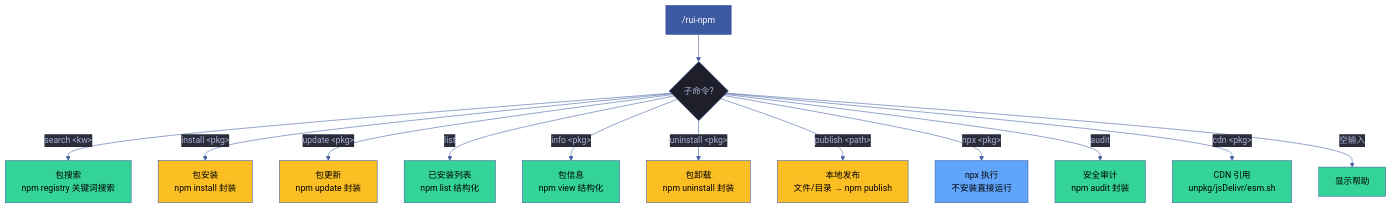
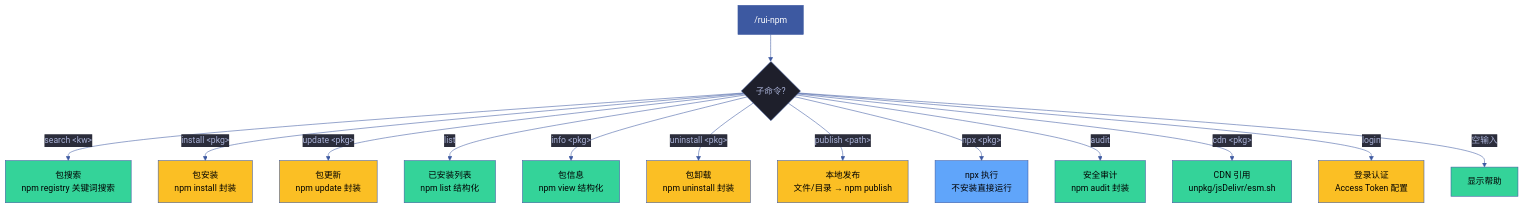
Before and after one commit to effiy/YrY: the first of 3 diagrams in skills/rui-npm/SKILL.md, drawn with Mermaid. The commit also changed other lines of this file and 2 other files, not shown here.

First line of the commit message:
feat(rui-npm): add Access Token authentication via login subcommand

````diff
--- a/skills/rui-npm/SKILL.md
+++ b/skills/rui-npm/SKILL.md
@@ -20,29 +20,30 @@
 ```mermaid
 %%{init: {'theme': 'base', 'themeVariables': {
   'primaryColor': '#1e1f2b',
   'primaryTextColor': '#a9b1d6',
   'primaryBorderColor': '#3d59a1',
   'lineColor': '#3d59a1',
   'secondaryColor': '#2b2d3b',
   'tertiaryColor': '#21232f'
 }}}%%
 flowchart TD
     ENTRY["/rui-npm"]:::entry --> Q1{"子命令?"}
 
     Q1 -->|"search &lt;kw&gt;"| SEARCH["包搜索<br/>npm registry 关键词搜索"]:::read
     Q1 -->|"install &lt;pkg&gt;"| INSTALL["包安装<br/>npm install 封装"]:::write
     Q1 -->|"update &lt;pkg&gt;"| UPDATE["包更新<br/>npm update 封装"]:::write
     Q1 -->|"list"| LIST["已安装列表<br/>npm list 结构化"]:::read
     Q1 -->|"info &lt;pkg&gt;"| INFO["包信息<br/>npm view 结构化"]:::read
     Q1 -->|"uninstall &lt;pkg&gt;"| UNINSTALL["包卸载<br/>npm uninstall 封装"]:::write
     Q1 -->|"publish &lt;path&gt;"| PUBLISH["本地发布<br/>文件/目录 → npm publish"]:::write
     Q1 -->|"npx &lt;pkg&gt;"| NPX["npx 执行<br/>不安装直接运行"]:::run
     Q1 -->|"audit"| AUDIT["安全审计<br/>npm audit 封装"]:::read
     Q1 -->|"cdn &lt;pkg&gt;"| CDN["CDN 引用<br/>unpkg/jsDelivr/esm.sh"]:::read
+    Q1 -->|"login"| LOGIN["登录认证<br/>Access Token 配置"]:::write
     Q1 -->|"空输入"| HELP["显示帮助"]:::read
 
     classDef entry fill:#3d59a1,color:#fff
     classDef read fill:#34d399,color:#000
     classDef write fill:#fbbf24,color:#000
     classDef run fill:#60a5fa,color:#000
 ```
````
